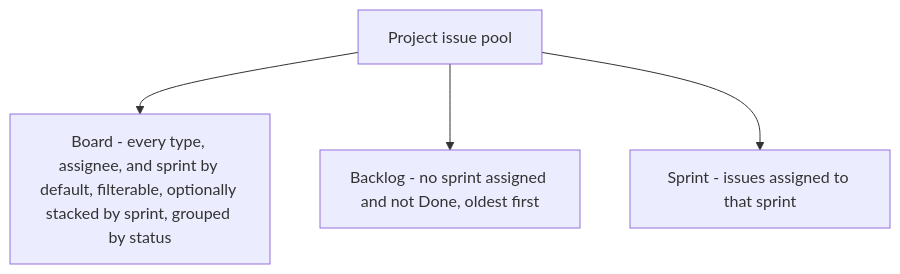
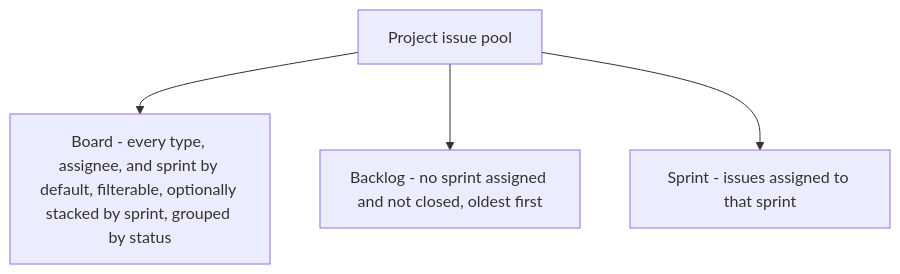
One commit to Mathotics/Keel changed the second of 3 diagrams in docs/adr/ADR-013.md. Above: the diagram before and after it, drawn with Mermaid. The commit also changed other lines of this file and 29 other files, not shown here.

Commit message:
Add Cancelled as a sixth issue status so abandoned work can be closed without calling it Done.

````diff
--- a/docs/adr/ADR-013.md
+++ b/docs/adr/ADR-013.md
@@ -143,11 +157,11 @@
 ```mermaid
 flowchart TD
   pool["Project issue pool"]
   board["Board - every type, assignee, and sprint by default, filterable, optionally stacked by sprint, grouped by status"]
-  backlog["Backlog - no sprint assigned and not Done, oldest first"]
+  backlog["Backlog - no sprint assigned and not closed, oldest first"]
   sprint["Sprint - issues assigned to that sprint"]
 
   pool --> board
   pool --> backlog
   pool --> sprint
 ```
````
